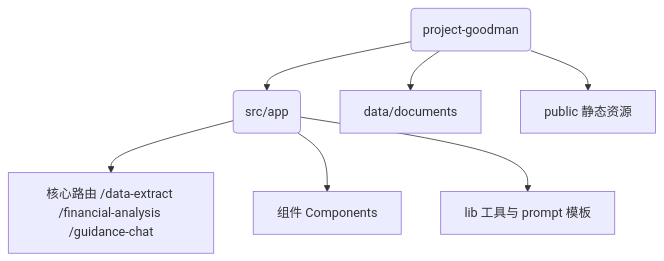
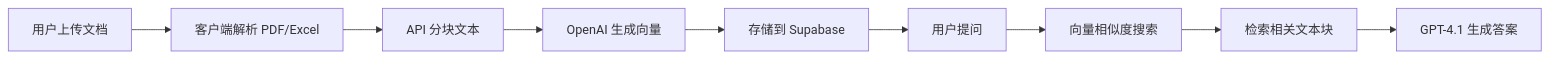
One commit to antelacus/project-goodman changed the diagram in README.md. Above: the diagram before and after it, drawn with Mermaid. The commit also changed other lines of this file and 14 other files, not shown here.

````diff
--- a/README.md
+++ b/README.md
@@ -81,9 +141,11 @@
 ```mermaid
-graph TD
-  A(project-goodman) --> B(src/app)
-  B --> C[核心路由 /data-extract /financial-analysis /guidance-chat] 
-  B --> D[组件 Components] 
-  B --> E[lib 工具与 prompt 模板] 
-  A --> F[data/documents] 
-  A --> G[public 静态资源] 
+graph LR
+  A[用户上传文档] --> B[客户端解析 PDF/Excel]
+  B --> C[API 分块文本]
+  C --> D[OpenAI 生成向量]
+  D --> E[存储到 Supabase]
+  E --> F[用户提问]
+  F --> G[向量相似度搜索]
+  G --> H[检索相关文本块]
+  H --> I[GPT-4.1 生成答案]
 ```
````
